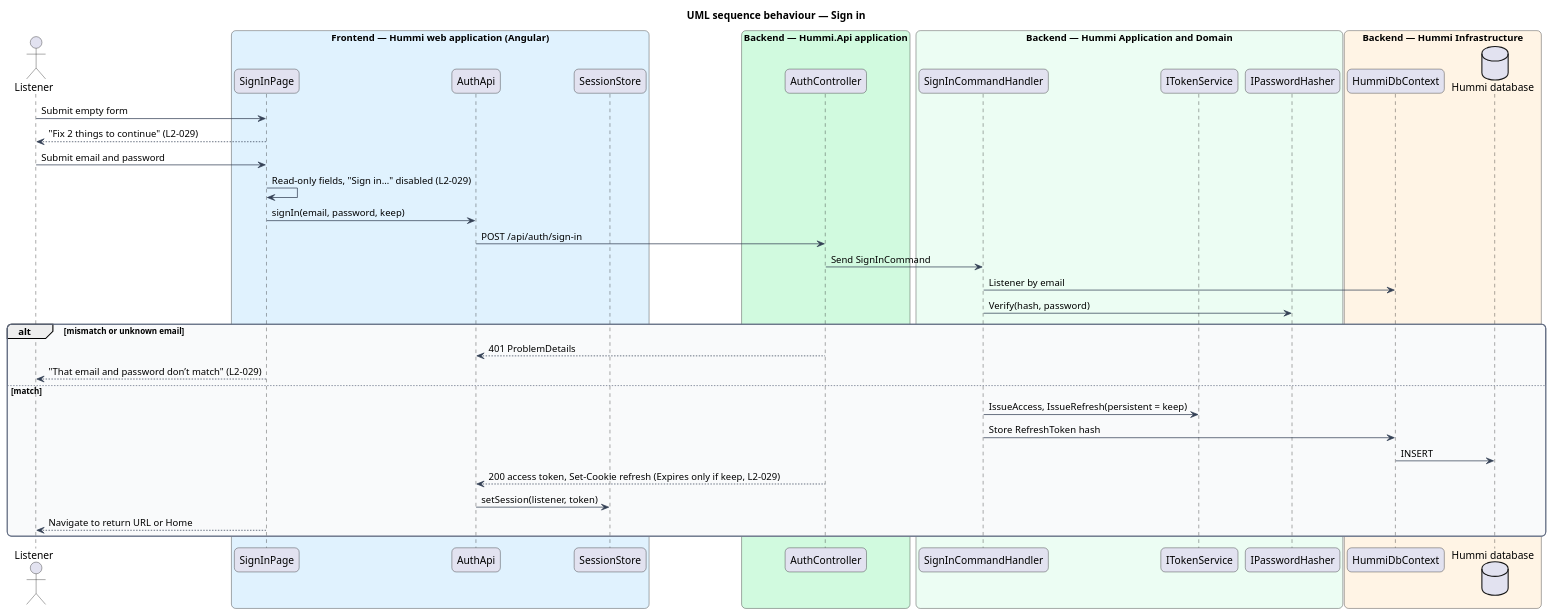
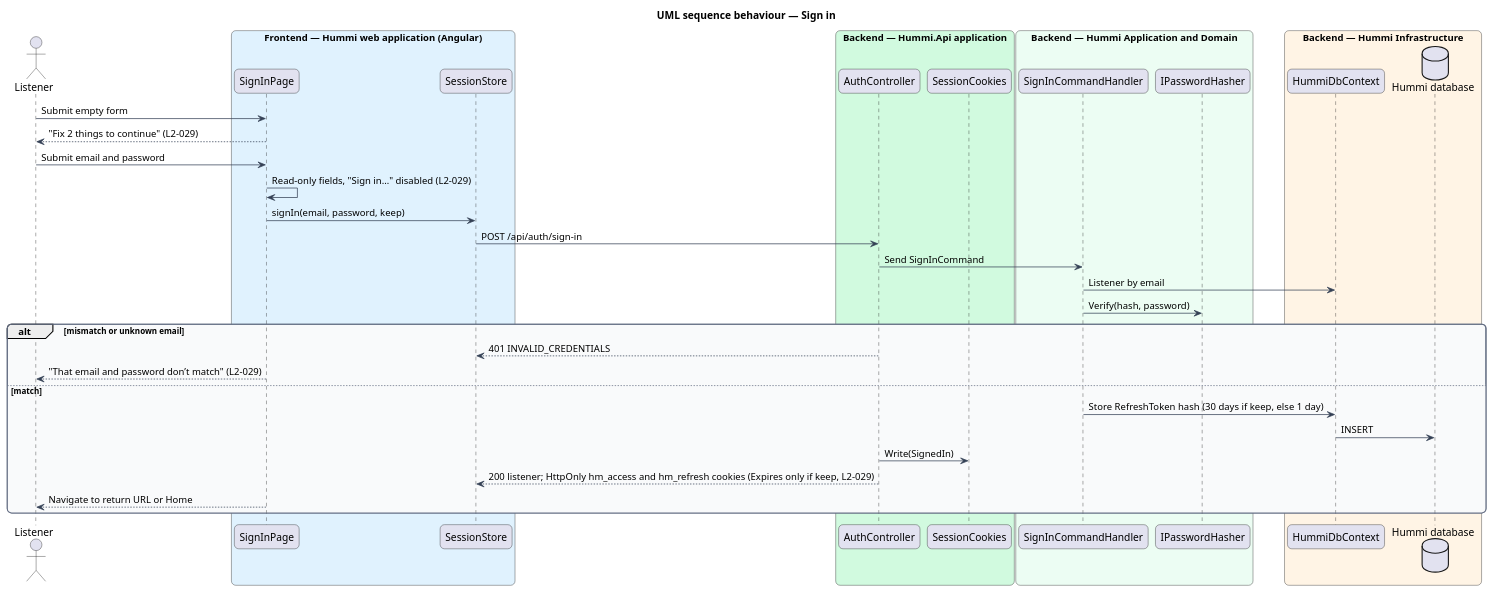
The diagram in docs/detailed-designs/accounts/sign-in/diagrams/sequence-sign-in.puml (QuinntyneBrown/hummi), drawn with PlantUML before and after one commit. The commit also changed 206 other files, not shown here.

First line of the commit message:
Create an account and sign in: sign up, verify email, sign in, sign out and the sign-in prompt

```diff
--- a/docs/detailed-designs/accounts/sign-in/diagrams/sequence-sign-in.puml
+++ b/docs/detailed-designs/accounts/sign-in/diagrams/sequence-sign-in.puml
@@ -1,55 +1,53 @@
 @startuml
 title UML sequence behaviour — Sign in
 skinparam backgroundColor #FFFFFF
 skinparam shadowing false
 skinparam roundcorner 12
 skinparam defaultFontName Arial
 skinparam ArrowColor #344054
 skinparam rectangle {
   BorderColor #344054
   FontColor #101828
 }
 skinparam package {
   BorderColor #667085
   FontColor #101828
   BackgroundColor #F9FAFB
 }
 actor "Listener" as u
 box "Frontend — Hummi web application (Angular)" #E0F2FE
   participant "SignInPage" as page
-  participant "AuthApi" as client
   participant "SessionStore" as session
 end box
 box "Backend — Hummi.Api application" #D1FADF
   participant "AuthController" as ctl
+  participant "SessionCookies" as tok
 end box
 box "Backend — Hummi Application and Domain" #ECFDF3
   participant "SignInCommandHandler" as cmd
-  participant "ITokenService" as tok
   participant "IPasswordHasher" as hash
 end box
 box "Backend — Hummi Infrastructure" #FFF4E5
   participant "HummiDbContext" as ctx
   database "Hummi database" as db
 end box
 u -> page : Submit empty form
 page --> u : "Fix 2 things to continue" (L2-029)
 u -> page : Submit email and password
 page -> page : Read-only fields, "Sign in…" disabled (L2-029)
-page -> client : signIn(email, password, keep)
-client -> ctl : POST /api/auth/sign-in
+page -> session : signIn(email, password, keep)
+session -> ctl : POST /api/auth/sign-in
 ctl -> cmd : Send SignInCommand
 cmd -> ctx : Listener by email
 cmd -> hash : Verify(hash, password)
 alt mismatch or unknown email
-  ctl --> client : 401 ProblemDetails
+  ctl --> session : 401 INVALID_CREDENTIALS
   page --> u : "That email and password don’t match" (L2-029)
 else match
-  cmd -> tok : IssueAccess, IssueRefresh(persistent = keep)
-  cmd -> ctx : Store RefreshToken hash
+  cmd -> ctx : Store RefreshToken hash (30 days if keep, else 1 day)
   ctx -> db : INSERT
-  ctl --> client : 200 access token, Set-Cookie refresh (Expires only if keep, L2-029)
-  client -> session : setSession(listener, token)
+  ctl -> tok : Write(SignedIn)
+  ctl --> session : 200 listener; HttpOnly hm_access and hm_refresh cookies (Expires only if keep, L2-029)
   page --> u : Navigate to return URL or Home
 end
 @enduml
```
